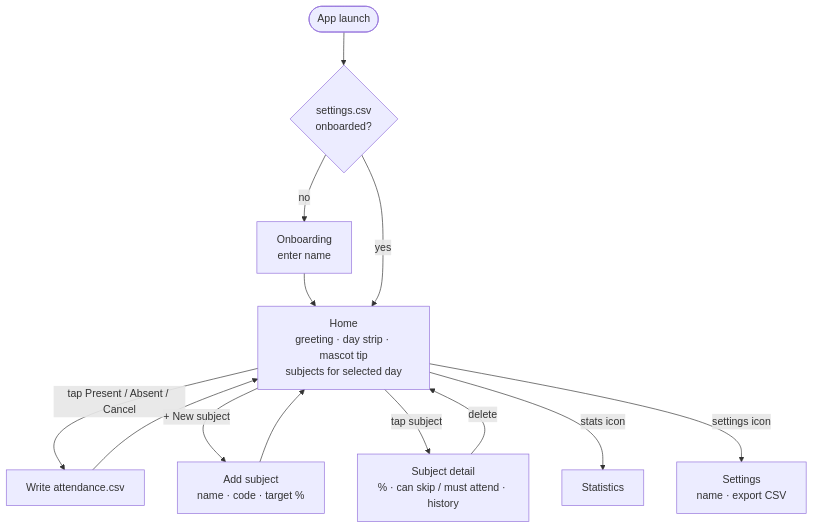
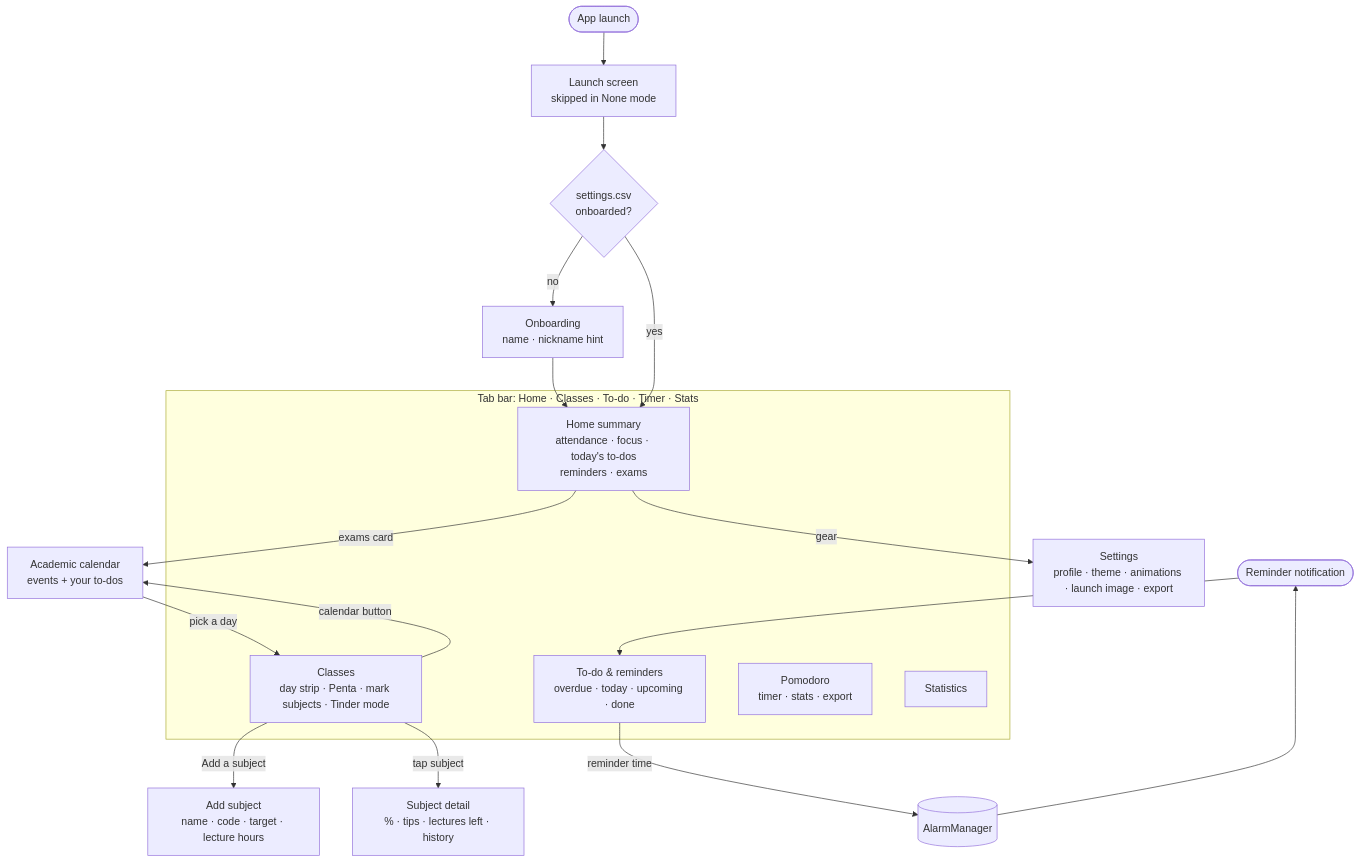
One commit to madhukarverma/attendo changed the second of 3 diagrams in docs/FLOWCHART.md. Above: the diagram before and after it, drawn with Mermaid. The commit also changed other lines of this file and 23 other files, not shown here.

First line of the commit message:
feat(home): summary page and tab bar navigation

````diff
--- a/docs/FLOWCHART.md
+++ b/docs/FLOWCHART.md
@@ -28,13 +28,24 @@
 ```mermaid
 flowchart TD
-    Launch([App launch]) --> Load{settings.csv<br/>onboarded?}
-    Load -- no --> Onb[Onboarding<br/>enter name]
-    Onb --> Home
-    Load -- yes --> Home[Home<br/>greeting · day strip · mascot tip<br/>subjects for selected day]
-    Home -- tap Present / Absent / Cancel --> Mark[Write attendance.csv] --> Home
-    Home -- + New subject --> Add[Add subject<br/>name · code · target %] --> Home
-    Home -- tap subject --> Detail[Subject detail<br/>% · can skip / must attend · history]
-    Detail -- delete --> Home
-    Home -- stats icon --> Stats[Statistics]
-    Home -- settings icon --> Settings[Settings<br/>name · export CSV]
+    Launch([App launch]) --> Splash[Launch screen<br/>skipped in None mode]
+    Splash --> Load{settings.csv<br/>onboarded?}
+    Load -- no --> Onb[Onboarding<br/>name · nickname hint] --> Home
+    Load -- yes --> Home
+    Notif([Reminder notification]) --> Todo
+
+    subgraph Tabs["Tab bar: Home · Classes · To-do · Timer · Stats"]
+        Home[Home summary<br/>attendance · focus · today's to-dos<br/>reminders · exams]
+        Classes[Classes<br/>day strip · Penta · mark subjects · Tinder mode]
+        Todo[To-do & reminders<br/>overdue · today · upcoming · done]
+        Timer[Pomodoro<br/>timer · stats · export]
+        Stats[Statistics]
+    end
+
+    Home -- gear --> Settings[Settings<br/>profile · theme · animations · launch image · export]
+    Home -- exams card --> Cal[Academic calendar<br/>events + your to-dos]
+    Classes -- calendar button --> Cal
+    Cal -- pick a day --> Classes
+    Classes -- Add a subject --> Add[Add subject<br/>name · code · target · lecture hours]
+    Classes -- tap subject --> Detail[Subject detail<br/>% · tips · lectures left · history]
+    Todo -- reminder time --> Alarm[(AlarmManager)] --> Notif
 ```
````
